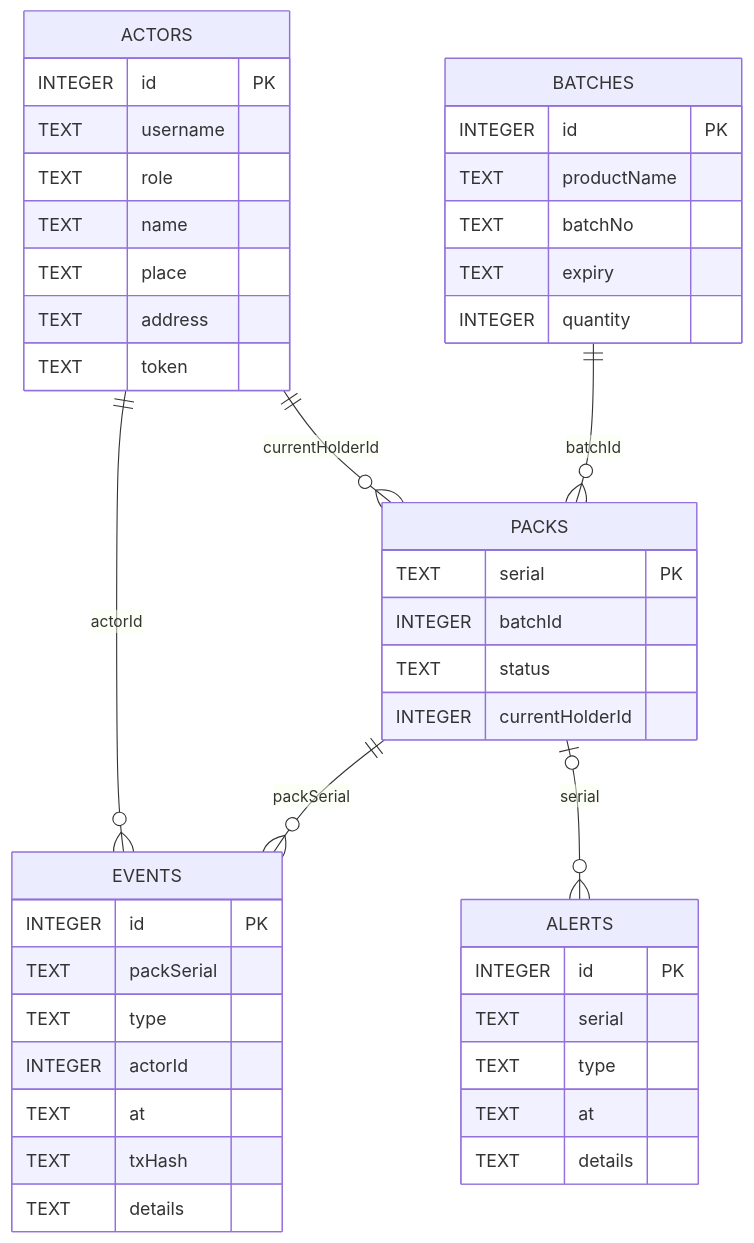
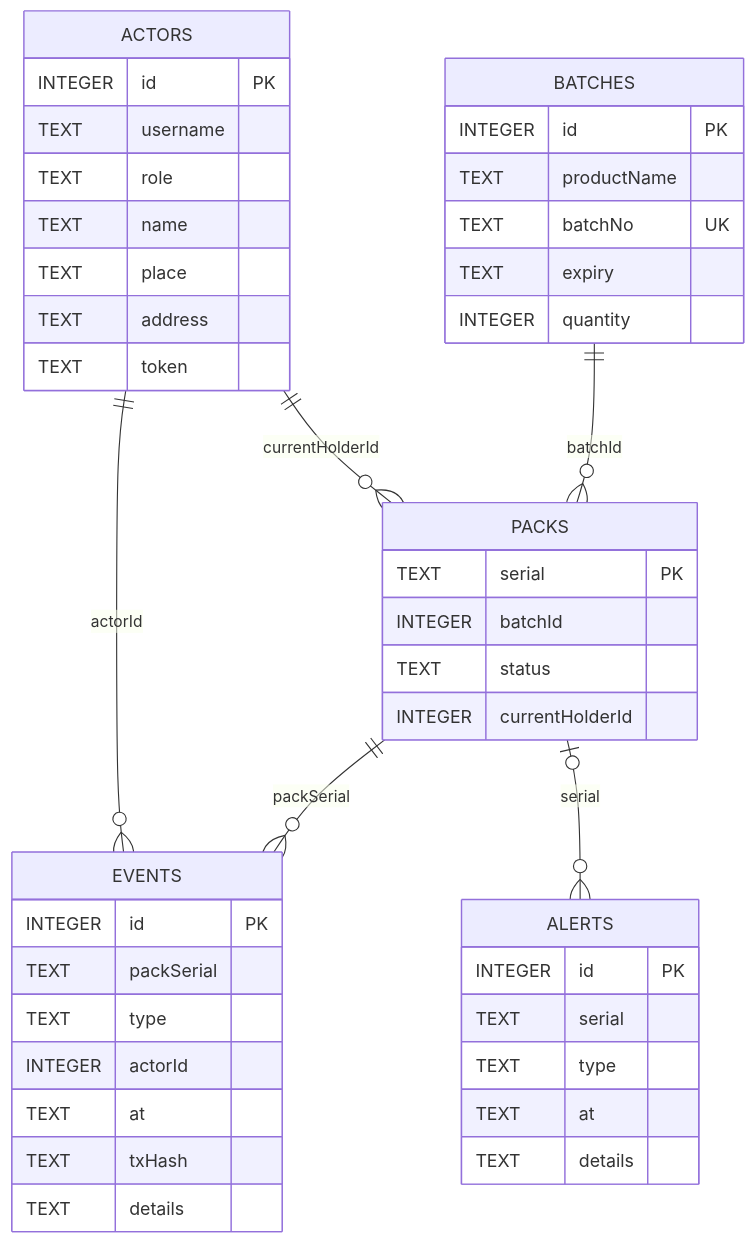
The third of 8 diagrams in README.md (ZENTRIHACK/medicine-verify), drawn with Mermaid before and after one commit. The commit also changed other lines of this file, not shown here.

Commit message:
docs: refine diagrams and document duplicate batch handling

````diff
--- a/README.md
+++ b/README.md
@@ -196,51 +166,51 @@
 ```mermaid
 erDiagram
     ACTORS {
         INTEGER id PK
         TEXT username
         TEXT role
         TEXT name
         TEXT place
         TEXT address
         TEXT token
     }
 
     BATCHES {
         INTEGER id PK
         TEXT productName
-        TEXT batchNo
+        TEXT batchNo UK
         TEXT expiry
         INTEGER quantity
     }
 
     PACKS {
         TEXT serial PK
         INTEGER batchId
         TEXT status
         INTEGER currentHolderId
     }
 
     EVENTS {
         INTEGER id PK
         TEXT packSerial
         TEXT type
         INTEGER actorId
         TEXT at
         TEXT txHash
         TEXT details
     }
 
     ALERTS {
         INTEGER id PK
         TEXT serial
         TEXT type
         TEXT at
         TEXT details
     }
 
     ACTORS ||--o{ PACKS : "currentHolderId"
     ACTORS ||--o{ EVENTS : "actorId"
     BATCHES ||--o{ PACKS : "batchId"
     PACKS ||--o{ EVENTS : "packSerial"
     PACKS |o--o{ ALERTS : "serial"
 ```
````
